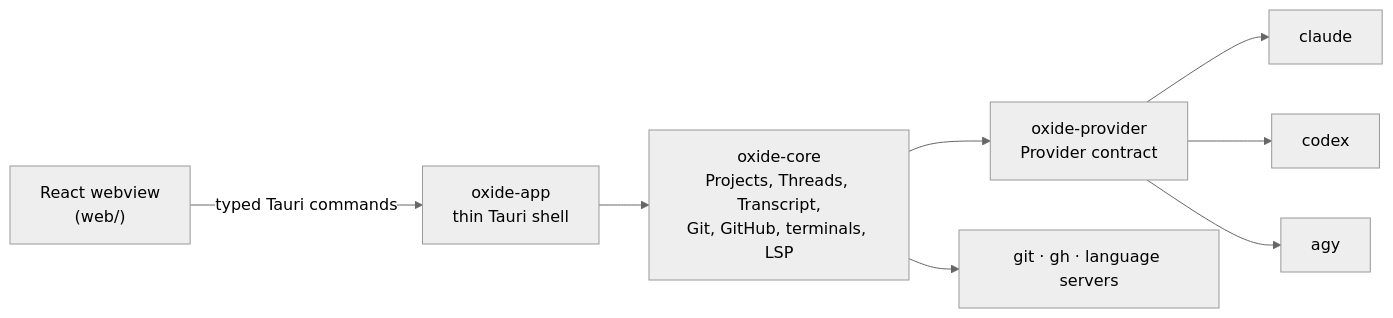
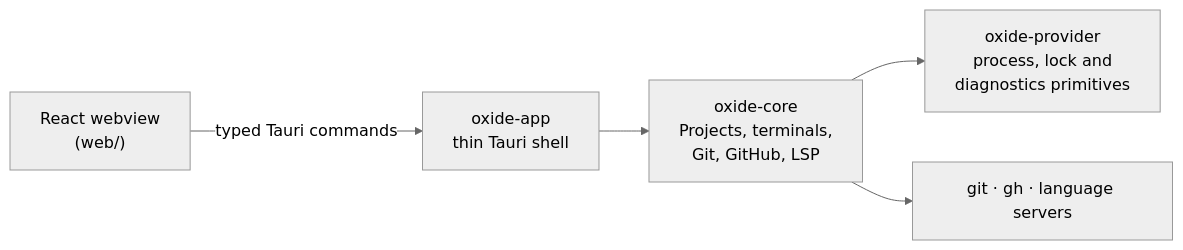
The diagram in data/readmes/getoxide__oxide.md (zqf20096327/ai_collect), drawn with Mermaid (neutral theme) before and after one commit. The commit also changed other lines of this file and 1974 other files, not shown here.

````diff
--- a/data/readmes/getoxide__oxide.md
+++ b/data/readmes/getoxide__oxide.md
@@ -158,10 +132,7 @@
 ```mermaid
 flowchart LR
   UI["React webview<br/>(web/)"] -- "typed Tauri commands" --> App["oxide-app<br/>thin Tauri shell"]
-  App --> Core["oxide-core<br/>Projects, Threads, Transcript,<br/>Git, GitHub, terminals, LSP"]
-  Core --> Prov["oxide-provider<br/>Provider contract"]
-  Prov --> Claude["claude"]
-  Prov --> Codex["codex"]
-  Prov --> Agy["agy"]
+  App --> Core["oxide-core<br/>Projects, terminals,<br/>Git, GitHub, LSP"]
+  Core --> Prims["oxide-provider<br/>process, lock and<br/>diagnostics primitives"]
   Core --> Tools["git · gh · language servers"]
 ```
````
